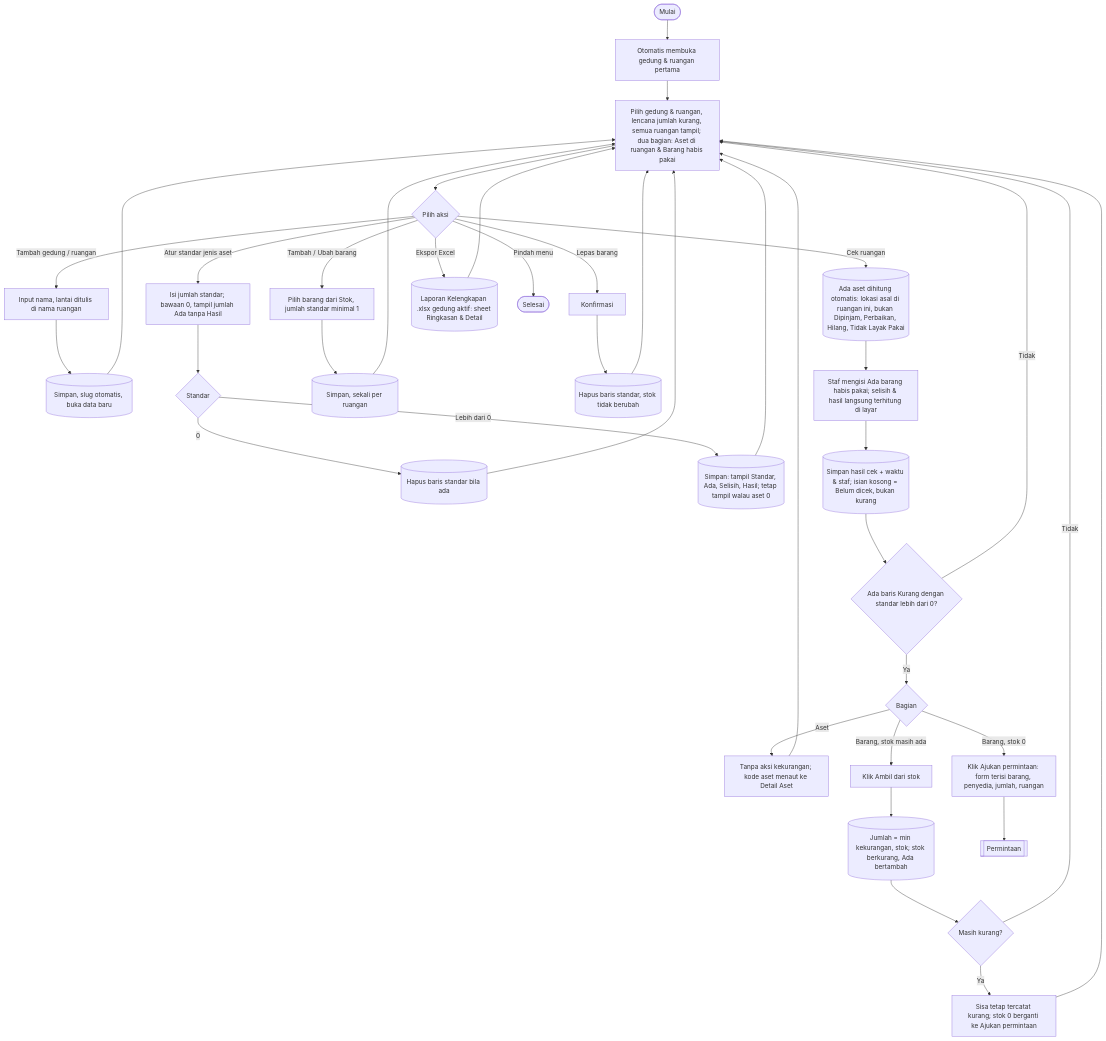
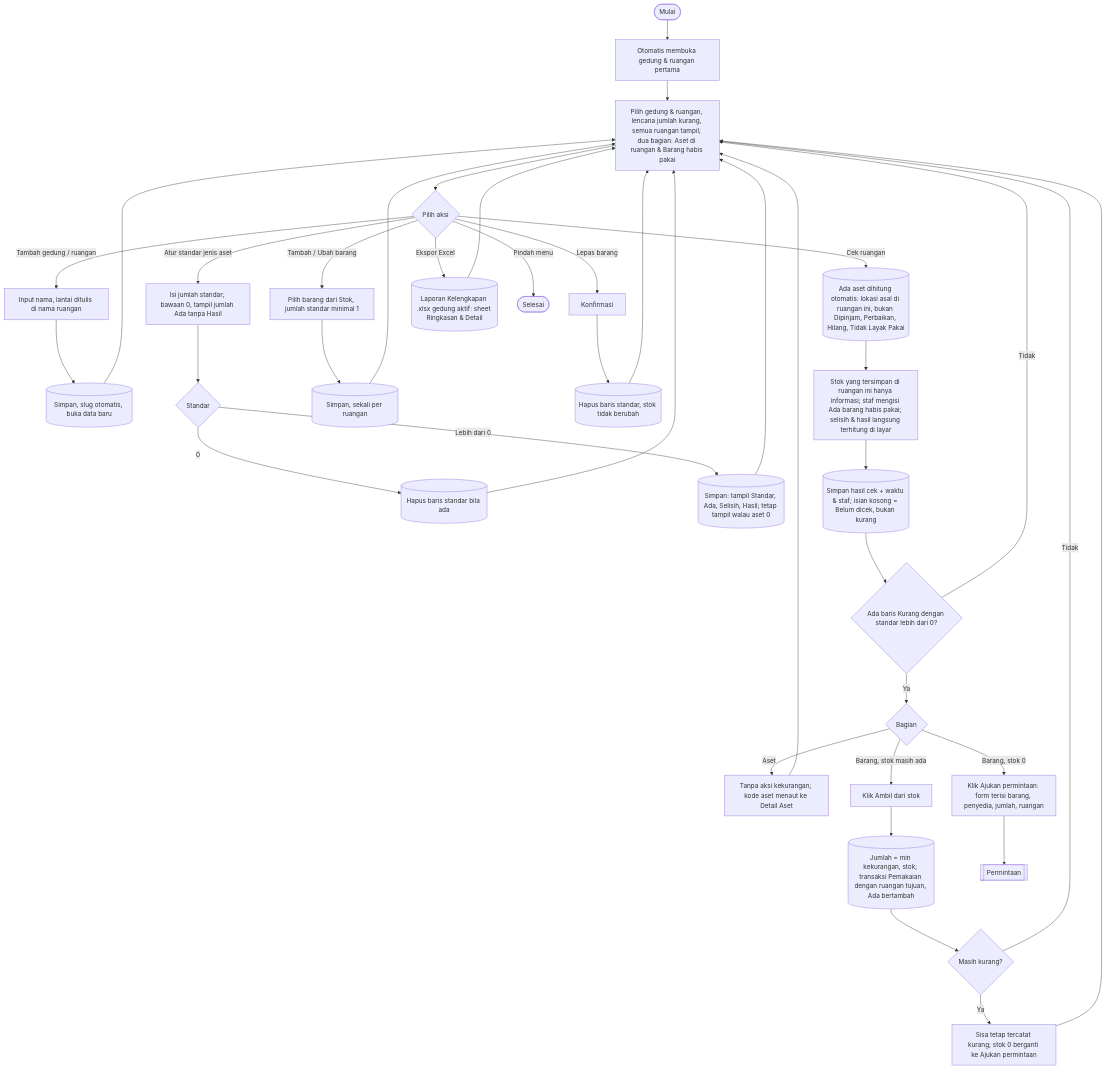
Before and after one commit to mrizqihidayat/system-tracking-asset: the sixth of 9 diagrams in docs/flowchart.md, drawn with Mermaid. The commit also changed other lines of this file and 58 other files, not shown here.

First line of the commit message:
T26v: stok berbasis transaksi, kartu stok, diterima sebagian

````diff
--- a/docs/flowchart.md
+++ b/docs/flowchart.md
@@ -220,31 +220,31 @@
 ```mermaid
 flowchart TD
     A([Mulai]) --> A1[Otomatis membuka gedung & ruangan pertama]
     A1 --> B[Pilih gedung & ruangan, lencana jumlah kurang, semua ruangan tampil; dua bagian: Aset di ruangan & Barang habis pakai]
     B --> C{Pilih aksi}
 
     C -- Tambah gedung / ruangan --> N1[Input nama, lantai ditulis di nama ruangan] --> N2[(Simpan, slug otomatis, buka data baru)] --> B
 
     C -- Atur standar jenis aset --> S1[Isi jumlah standar; bawaan 0, tampil jumlah Ada tanpa Hasil] --> S2{Standar}
     S2 -- 0 --> S3[(Hapus baris standar bila ada)] --> B
     S2 -- Lebih dari 0 --> S4[(Simpan: tampil Standar, Ada, Selisih, Hasil; tetap tampil walau aset 0)] --> B
 
     C -- Tambah / Ubah barang --> S5[Pilih barang dari Stok, jumlah standar minimal 1] --> S6[(Simpan, sekali per ruangan)] --> B
     C -- Lepas barang --> S7[Konfirmasi] --> S8[(Hapus baris standar, stok tidak berubah)] --> B
 
     C -- Cek ruangan --> K3[(Ada aset dihitung otomatis: lokasi asal di ruangan ini, bukan Dipinjam, Perbaikan, Hilang, Tidak Layak Pakai)]
-    K3 --> K4[Staf mengisi Ada barang habis pakai; selisih & hasil langsung terhitung di layar]
+    K3 --> K4[Stok yang tersimpan di ruangan ini hanya informasi; staf mengisi Ada barang habis pakai; selisih & hasil langsung terhitung di layar]
     K4 --> K5[(Simpan hasil cek + waktu & staf; isian kosong = Belum dicek, bukan kurang)]
     K5 --> K6{Ada baris Kurang dengan standar lebih dari 0?}
     K6 -- Tidak --> B
     K6 -- Ya --> K7{Bagian}
     K7 -- Aset --> K8[Tanpa aksi kekurangan; kode aset menaut ke Detail Aset] --> B
-    K7 -- Barang, stok masih ada --> F1[Klik Ambil dari stok] --> F2[(Jumlah = min kekurangan, stok; stok berkurang, Ada bertambah)]
+    K7 -- Barang, stok masih ada --> F1[Klik Ambil dari stok] --> F2[(Jumlah = min kekurangan, stok; transaksi Pemakaian dengan ruangan tujuan, Ada bertambah)]
     F2 --> F3{Masih kurang?}
     F3 -- Tidak --> B
     F3 -- Ya --> F4[Sisa tetap tercatat kurang; stok 0 berganti ke Ajukan permintaan] --> B
     K7 -- Barang, stok 0 --> K9[Klik Ajukan permintaan: form terisi barang, penyedia, jumlah, ruangan] --> K10[[Permintaan]]
 
     C -- Ekspor Excel --> X1[(Laporan Kelengkapan .xlsx gedung aktif: sheet Ringkasan & Detail)] --> B
     C -- Pindah menu --> Z([Selesai])
 ```
````
